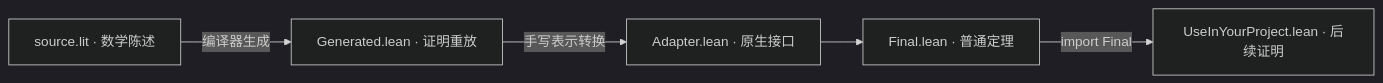
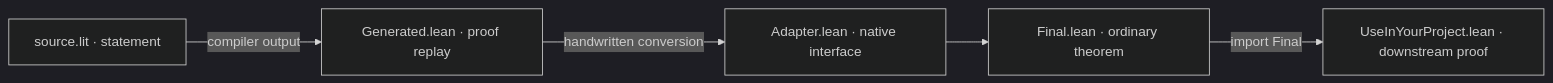
Before and after one commit to litexlang/golitex: the diagram in showcases/litex_to_lean_adapter/README.md, drawn with Mermaid (dark theme). The commit also changed other lines of this file and 172 other files, not shown here.

````diff
--- a/showcases/litex_to_lean_adapter/README.md
+++ b/showcases/litex_to_lean_adapter/README.md
@@ -22,7 +26,7 @@
 ```mermaid
 flowchart LR
-  S["source.lit · 数学陈述"] -->|编译器生成| G["Generated.lean · 证明重放"]
-  G -->|手写表示转换| A["Adapter.lean · 原生接口"]
-  A --> F["Final.lean · 普通定理"]
-  F -->|import Final| U["UseInYourProject.lean · 后续证明"]
+  S["source.lit · statement"] -->|compiler output| G["Generated.lean · proof replay"]
+  G -->|handwritten conversion| A["Adapter.lean · native interface"]
+  A --> F["Final.lean · ordinary theorem"]
+  F -->|import Final| U["UseInYourProject.lean · downstream proof"]
 ```
````
